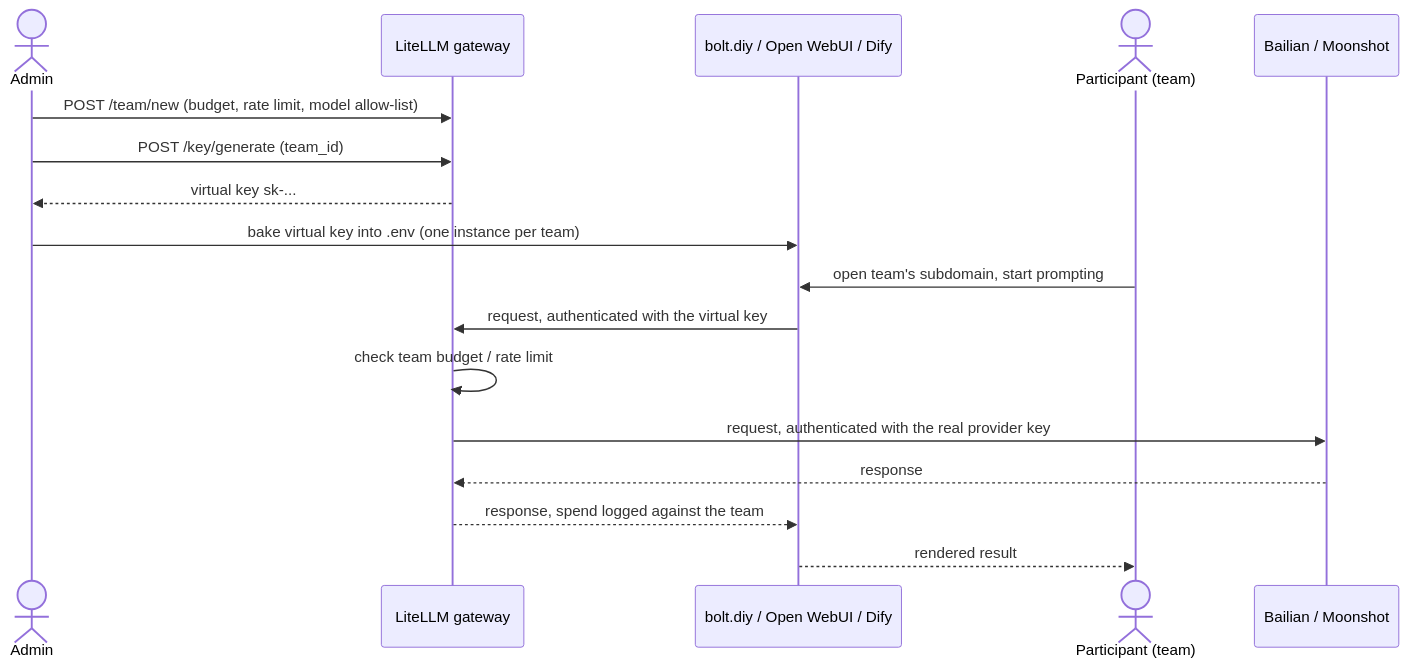
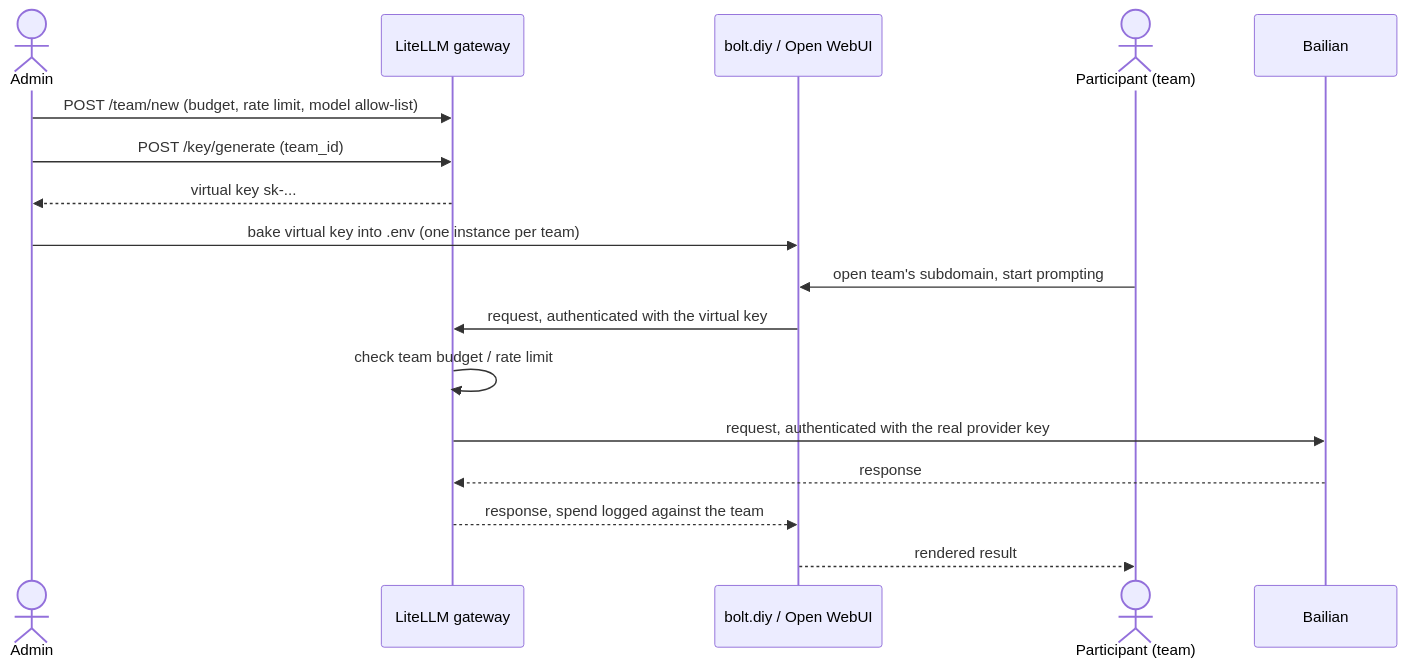
One commit to gsbn-trade/2026_09_hackathon_infra changed the second of 2 diagrams in ARCHITECTURE.md. Above: the diagram before and after it, drawn with Mermaid. The commit also changed other lines of this file and 5 other files, not shown here.

First line of the commit message:
Architecture accuracy pass: tool roster, Moonshot removal, new model set

````diff
--- a/ARCHITECTURE.md
+++ b/ARCHITECTURE.md
@@ -73,20 +76,20 @@
 ```mermaid
 sequenceDiagram
     actor Admin
     participant LiteLLM as LiteLLM gateway
-    participant App as bolt.diy / Open WebUI / Dify
+    participant App as bolt.diy / Open WebUI
     actor Team as Participant (team)
-    participant Provider as Bailian / Moonshot
+    participant Provider as Bailian
 
     Admin->>LiteLLM: POST /team/new (budget, rate limit, model allow-list)
     Admin->>LiteLLM: POST /key/generate (team_id)
     LiteLLM-->>Admin: virtual key sk-...
     Admin->>App: bake virtual key into .env (one instance per team)
     Team->>App: open team's subdomain, start prompting
     App->>LiteLLM: request, authenticated with the virtual key
     LiteLLM->>LiteLLM: check team budget / rate limit
     LiteLLM->>Provider: request, authenticated with the real provider key
     Provider-->>LiteLLM: response
     LiteLLM-->>App: response, spend logged against the team
     App-->>Team: rendered result
 ```
````
